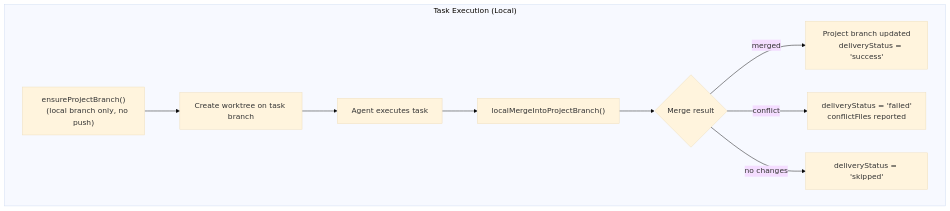
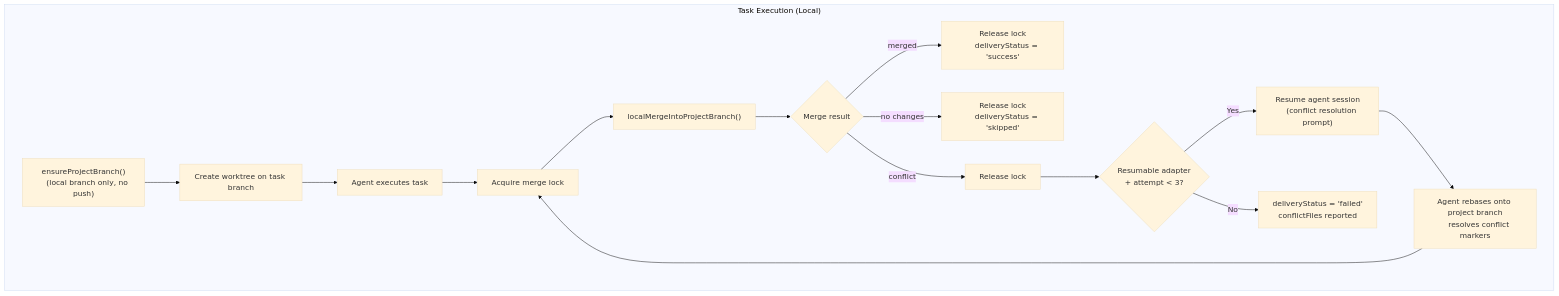
One commit to fuxialexander/astro changed the third of 9 diagrams in docs/design/GITHUB_WORKFLOW.md. Above: the diagram before and after it, drawn with Mermaid (base theme). The commit also changed other lines of this file and 1 other file, not shown here.

````diff
--- a/docs/design/GITHUB_WORKFLOW.md
+++ b/docs/design/GITHUB_WORKFLOW.md
@@ -101,15 +112,25 @@
 ```mermaid
 flowchart TD
   subgraph "Task Execution (Local)"
     A["ensureProjectBranch()
     (local branch only, no push)"] --> B["Create worktree on task branch"]
     B --> C["Agent executes task"]
-    C --> D["localMergeIntoProjectBranch()"]
-    D --> E{"Merge result"}
-    E -->|merged| F["Project branch updated
+    C --> D["Acquire merge lock"]
+    D --> E["localMergeIntoProjectBranch()"]
+    E --> F{"Merge result"}
+    F -->|merged| G["Release lock
     deliveryStatus = 'success'"]
-    E -->|conflict| G["deliveryStatus = 'failed'
+    F -->|no changes| H["Release lock
+    deliveryStatus = 'skipped'"]
+    F -->|conflict| I["Release lock"]
+    I --> J{"Resumable adapter
+    + attempt < 3?"}
+    J -->|Yes| K["Resume agent session
+    (conflict resolution prompt)"]
+    K --> L["Agent rebases onto project branch
+    resolves conflict markers"]
+    L --> D
+    J -->|No| M["deliveryStatus = 'failed'
     conflictFiles reported"]
-    E -->|no changes| H["deliveryStatus = 'skipped'"]
   end
 ```
````
